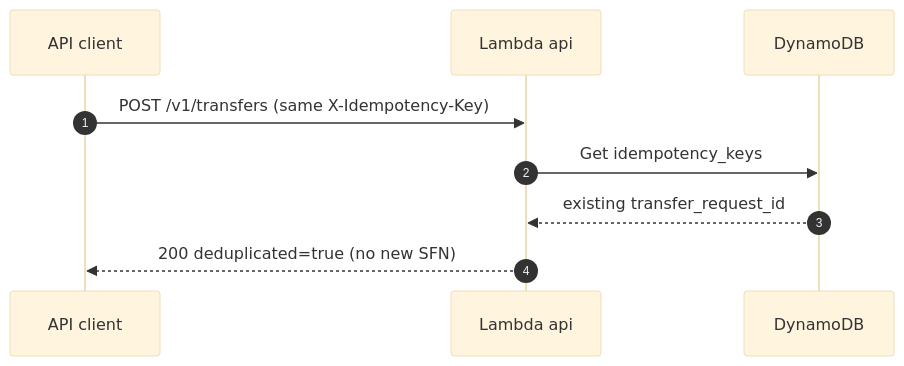
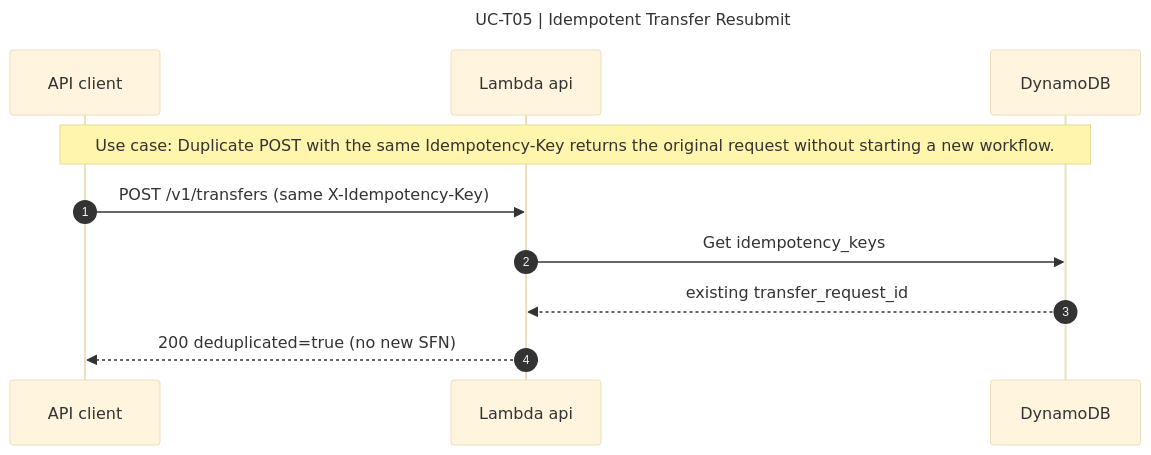
Before and after one commit to bayareala8s/BayRelayAI: diagram 12 of 31 in docs/SEQUENCE_DIAGRAMS.md, drawn with Mermaid (base theme). The commit also changed other lines of this file and 68 other files, not shown here.

First line of the commit message:
Add title and use-case labels to all sequence diagrams.

````diff
--- a/docs/SEQUENCE_DIAGRAMS.md
+++ b/docs/SEQUENCE_DIAGRAMS.md
@@ -322,12 +387,16 @@
 ```mermaid
+---
+title: UC-T05 | Idempotent Transfer Resubmit
+---
 sequenceDiagram
   autonumber
   participant Client as API client
   participant API as Lambda api
   participant DDB as DynamoDB
+  Note over Client,DDB: Use case: Duplicate POST with the same Idempotency-Key returns the original request without starting a new workflow.
 
   Client->>API: POST /v1/transfers (same X-Idempotency-Key)
   API->>DDB: Get idempotency_keys
   DDB-->>API: existing transfer_request_id
   API-->>Client: 200 deduplicated=true (no new SFN)
 ```
````
